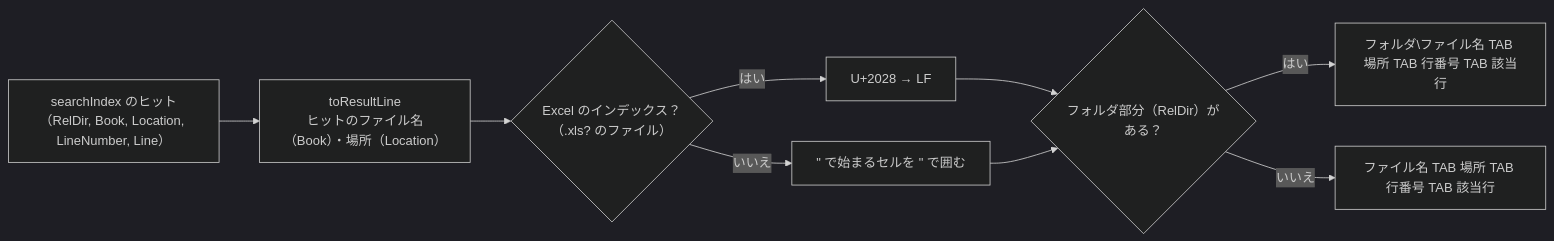
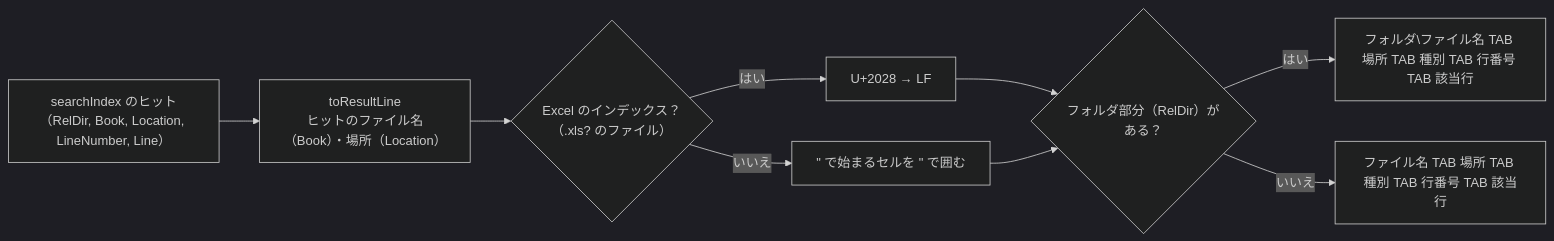
Before and after one commit to hsgwa/tebunko: the third of 4 diagrams in docs/02_検索.md, drawn with Mermaid (dark theme). The commit also changed other lines of this file and 36 other files, not shown here.

````diff
--- a/docs/02_検索.md
+++ b/docs/02_検索.md
@@ -193,11 +185,11 @@
 ```mermaid
 flowchart LR
     H["searchIndex のヒット<br>（RelDir, Book, Location, LineNumber, Line）"] --> T["toResultLine<br>ヒットのファイル名（Book）・場所（Location）"]
     T --> X{"Excel のインデックス？<br>（.xls? のファイル）"}
     X -- はい --> XL["U+2028 → LF"]
     X -- いいえ --> WD["#quot; で始まるセルを #quot; で囲む"]
     XL --> J{"フォルダ部分（RelDir）がある？"}
     WD --> J
-    J -- はい --> O1["フォルダ\ファイル名 TAB 場所 TAB 行番号 TAB 該当行"]
-    J -- いいえ --> O2["ファイル名 TAB 場所 TAB 行番号 TAB 該当行"]
+    J -- はい --> O1["フォルダ\ファイル名 TAB 場所 TAB 種別 TAB 行番号 TAB 該当行"]
+    J -- いいえ --> O2["ファイル名 TAB 場所 TAB 種別 TAB 行番号 TAB 該当行"]
 ```
````
